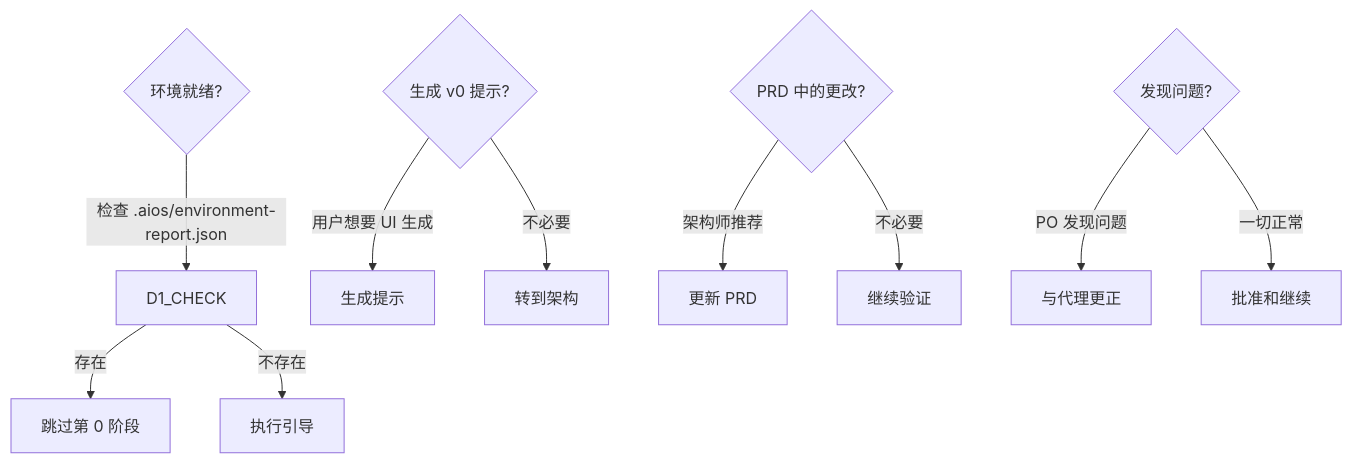
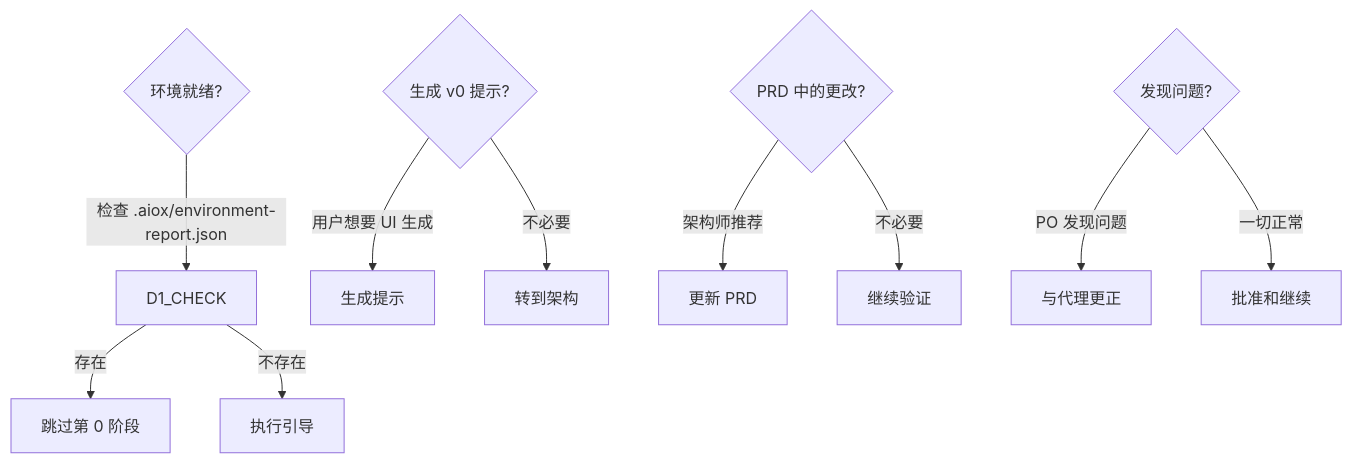
One commit to henriquetj159/henriquetj changed the ninth of 9 diagrams in docs/zh/aiox-workflows/greenfield-fullstack-workflow.md. Above: the diagram before and after it, drawn with Mermaid. The commit also changed other lines of this file and 2056 other files, not shown here.

First line of the commit message:
chore: update aios→aiox references in file contents

````diff
--- a/docs/zh/aiox-workflows/greenfield-fullstack-workflow.md
+++ b/docs/zh/aiox-workflows/greenfield-fullstack-workflow.md
@@ -664,19 +664,19 @@
 ```mermaid
 flowchart TD
     D1{环境就绪?}
-    D1 -->|检查 .aios/environment-report.json| D1_CHECK
+    D1 -->|检查 .aiox/environment-report.json| D1_CHECK
     D1_CHECK -->|存在| SKIP[跳过第 0 阶段]
     D1_CHECK -->|不存在| RUN[执行引导]
 
     D2{生成 v0 提示?}
     D2 -->|用户想要 UI 生成| D2_YES[生成提示]
     D2 -->|不必要| D2_NO[转到架构]
 
     D3{PRD 中的更改?}
     D3 -->|架构师推荐| D3_YES[更新 PRD]
     D3 -->|不必要| D3_NO[继续验证]
 
     D4{发现问题?}
     D4 -->|PO 发现问题| D4_YES[与代理更正]
     D4 -->|一切正常| D4_NO[批准和继续]
 ```
````
